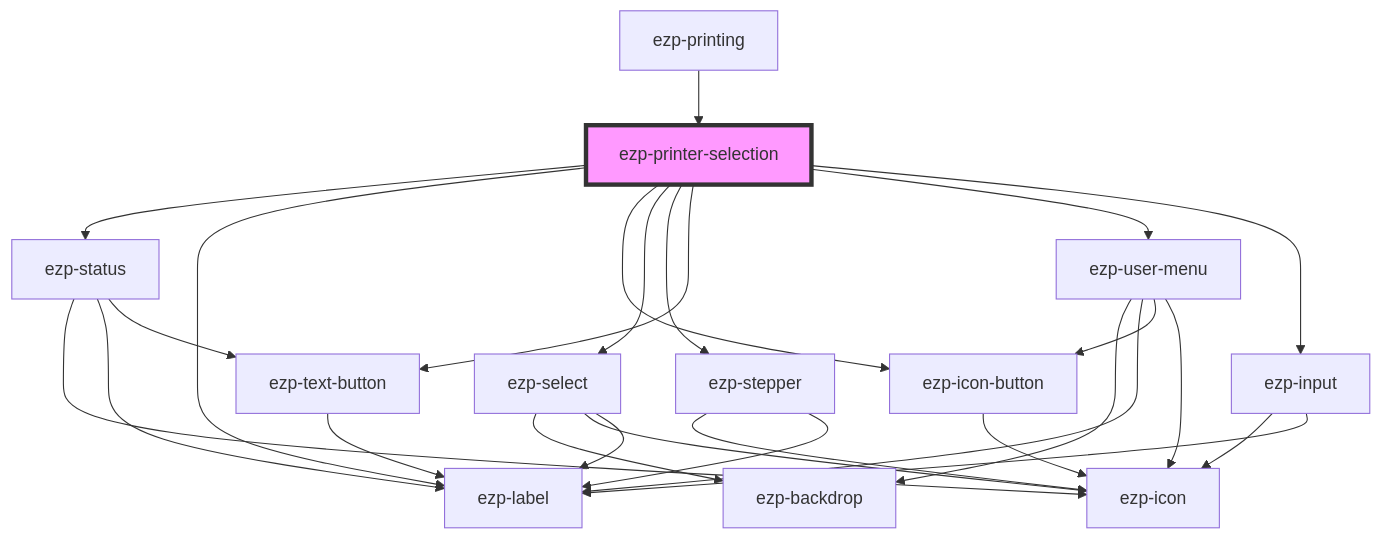
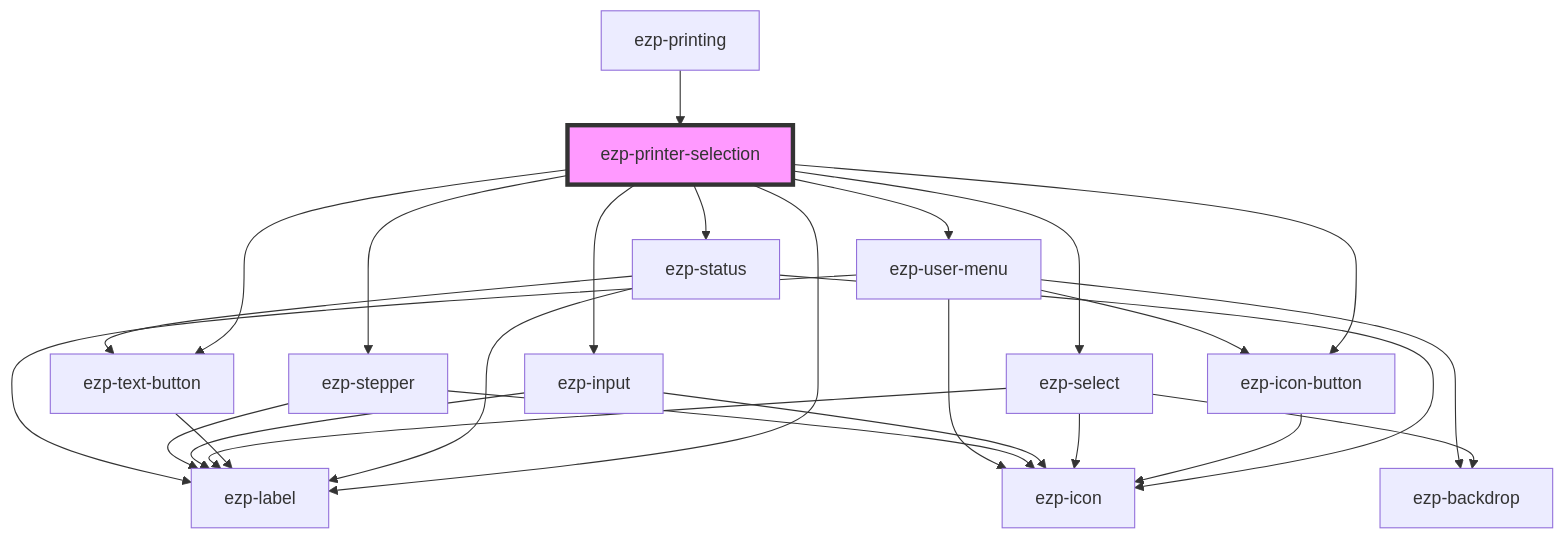
Before and after one commit to ezeep/ezeep-js: the diagram in src/components/ezp-printer-selection/readme.md, drawn with Mermaid. The commit also changed other lines of this file and 11 other files, not shown here.

Commit message:
feat(printer-selection): add print timeout handling and update related tests feat(components): refactor getSasUri to ensure access token is refreshed fix(select): reset selection to placeholder when no match found chore(locales): add print timeout messages for German and English

````diff
--- a/src/components/ezp-printer-selection/readme.md
+++ b/src/components/ezp-printer-selection/readme.md
@@ -45,29 +49,29 @@
 ```mermaid
 graph TD;
   ezp-printer-selection --> ezp-status
   ezp-printer-selection --> ezp-label
   ezp-printer-selection --> ezp-icon-button
   ezp-printer-selection --> ezp-select
+  ezp-printer-selection --> ezp-input
   ezp-printer-selection --> ezp-stepper
   ezp-printer-selection --> ezp-text-button
   ezp-printer-selection --> ezp-user-menu
-   ezp-printer-selection --> ezp-input
   ezp-status --> ezp-icon
   ezp-status --> ezp-label
   ezp-status --> ezp-text-button
   ezp-text-button --> ezp-label
   ezp-icon-button --> ezp-icon
   ezp-select --> ezp-backdrop
   ezp-select --> ezp-icon
   ezp-select --> ezp-label
+  ezp-input --> ezp-icon
+  ezp-input --> ezp-label
   ezp-stepper --> ezp-icon
   ezp-stepper --> ezp-label
   ezp-user-menu --> ezp-backdrop
   ezp-user-menu --> ezp-label
   ezp-user-menu --> ezp-icon-button
   ezp-user-menu --> ezp-icon
-  ezp-input --> ezp-icon
-  ezp-input --> ezp-label
   ezp-printing --> ezp-printer-selection
   style ezp-printer-selection fill:#f9f,stroke:#333,stroke-width:4px
 ```
````
